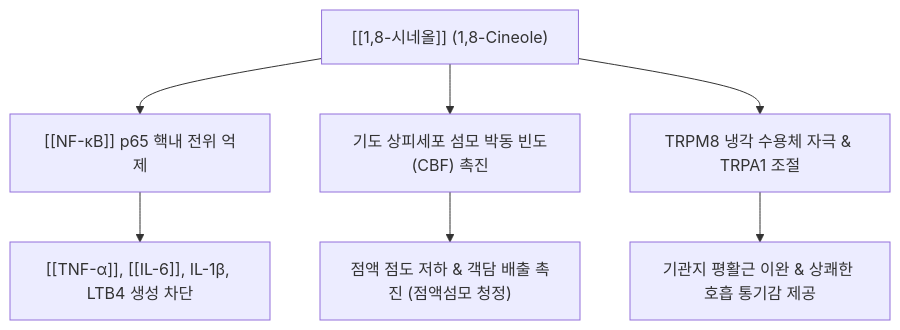
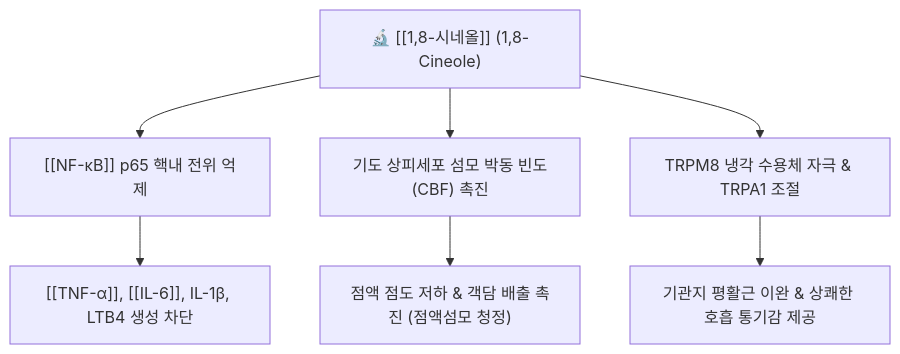
The diagram in content/2. 약리 공부/약리성분/1,8-시네올.md (simbio11/simbio-digital-garden2), drawn with Mermaid before and after one commit. The commit also changed other lines of this file and 463 other files, not shown here.

````diff
--- a/content/2. 약리 공부/약리성분/1,8-시네올.md
+++ b/content/2. 약리 공부/약리성분/1,8-시네올.md
@@ -33,10 +70,10 @@
 ```mermaid
 graph TD
-    Cineole["[[1,8-시네올]] (1,8-Cineole)"] --> NFkB["[[NF-κB]] p65 핵내 전위 억제"]
+    Cineole["🔬 [[1,8-시네올]] (1,8-Cineole)"] --> NFkB["[[NF-κB]] p65 핵내 전위 억제"]
     Cineole --> Cilia["기도 상피세포 섬모 박동 빈도(CBF) 촉진"]
     Cineole --> TRP["TRPM8 냉각 수용체 자극 & TRPA1 조절"]
 
     NFkB --> AntiInflam["[[TNF-α]], [[IL-6]], IL-1β, LTB4 생성 차단"]
     Cilia --> Mucus["점액 점도 저하 & 객담 배출 촉진 (점액섬모 청정)"]
     TRP --> Airway["기관지 평활근 이완 & 상쾌한 호흡 통기감 제공"]
 ```
````
